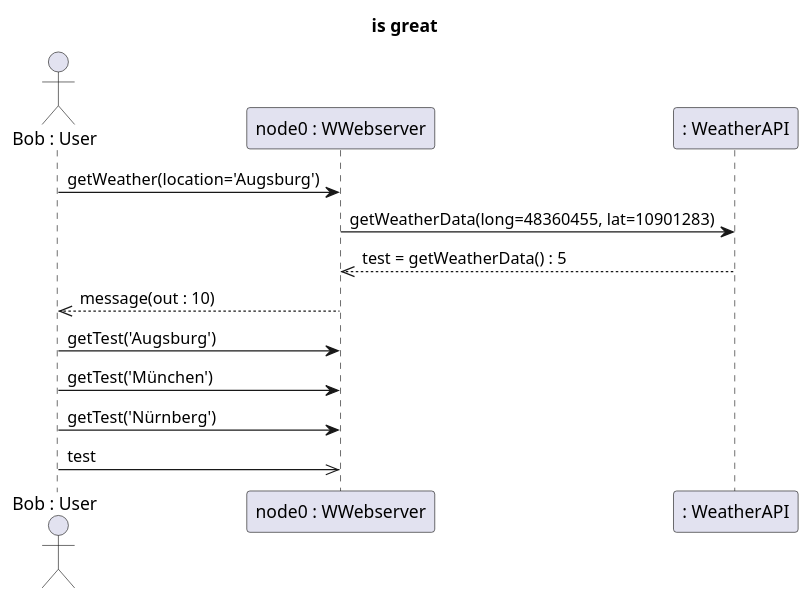
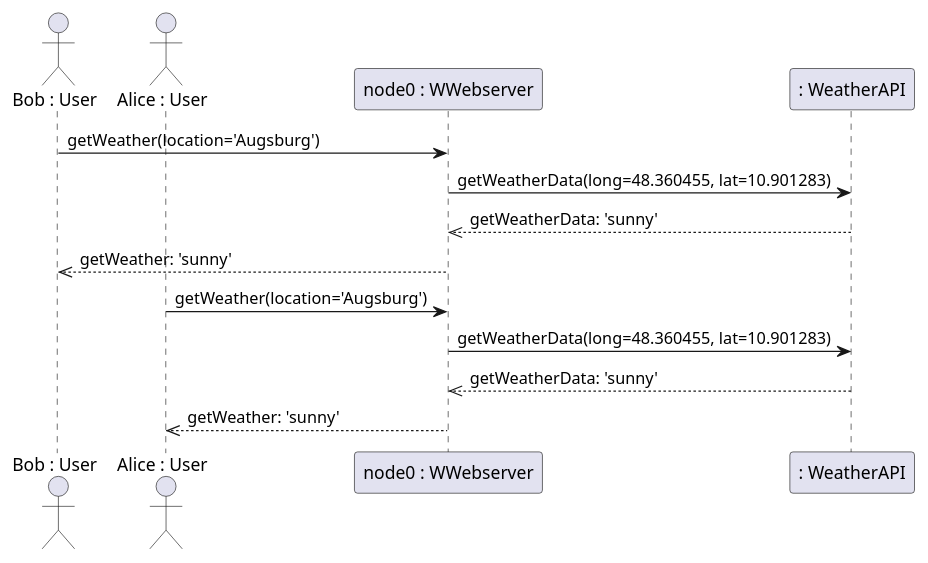
One commit to elite-se/mdd-puml-to-uml changed the diagram in qvto/models/example.plantuml. Above: the diagram before and after it, drawn with PlantUML. The commit also changed 2 other files, not shown here.

```diff
--- a/qvto/models/example.plantuml
+++ b/qvto/models/example.plantuml
@@ -1,15 +1,14 @@
 @startuml
-title Weather API
-title is great
 actor "Bob : User" as Bob
+actor "Alice : User" as Alice
 participant "node0 : WWebserver" as node0
-participant ": WeatherAPI"
+participant ": WeatherAPI" as anonymusWeatherAPI1
 Bob -> node0: getWeather(location='Augsburg')
-node0 -> ": WeatherAPI" : getWeatherData(long=48360455, lat=10901283)
-node0 <<-- ": WeatherAPI" : test = getWeatherData() : 5
-Bob <<-- node0 : message(out : 10)
-Bob -> node0: getTest('Augsburg')
-Bob -> node0: getTest('München')
-Bob -> node0: getTest('Nürnberg')
-Bob ->> node0: test
+node0 -> anonymusWeatherAPI1: getWeatherData(long=48.360455, lat=10.901283)
+node0 <<-- anonymusWeatherAPI1: getWeatherData: 'sunny'
+Bob <<-- node0: getWeather: 'sunny'
+Alice -> node0: getWeather(location='Augsburg')
+node0 -> anonymusWeatherAPI1: getWeatherData(long=48.360455, lat=10.901283)
+node0 <<-- anonymusWeatherAPI1: getWeatherData: 'sunny'
+Alice <<-- node0: getWeather: 'sunny'
 @enduml
```
